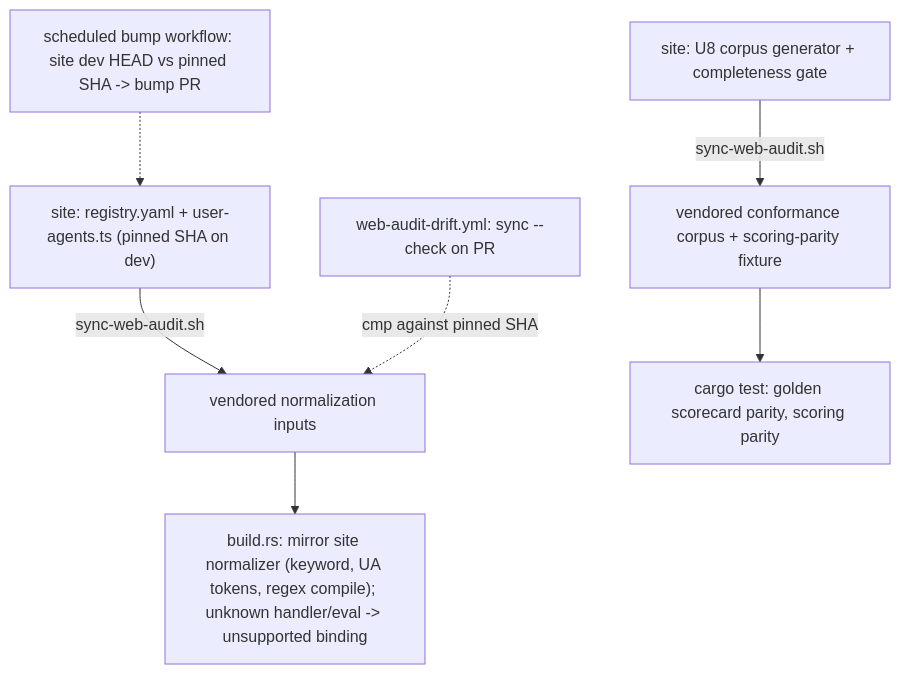
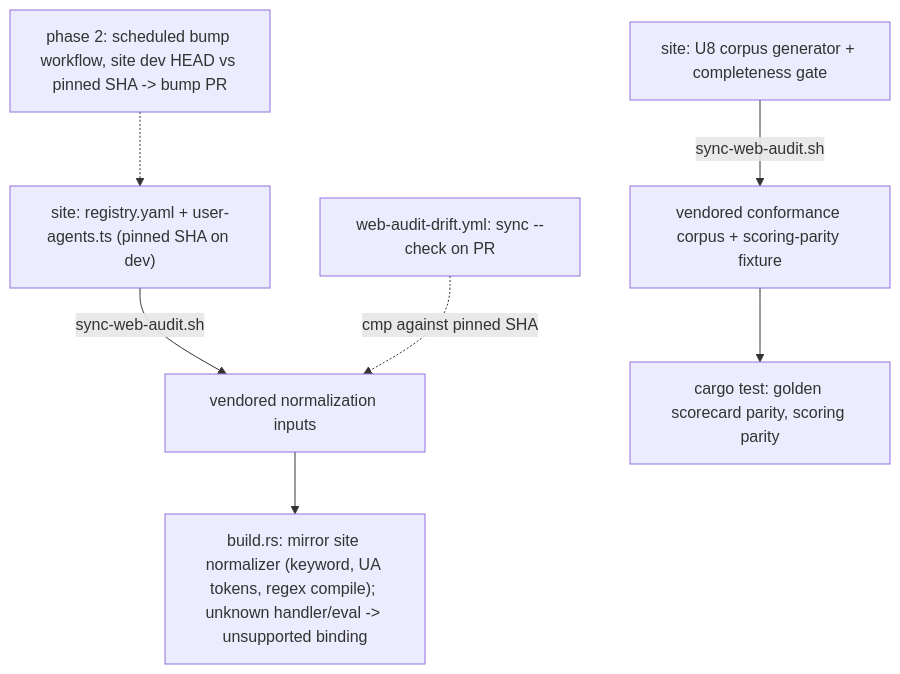
The third of 3 diagrams in docs/plans/2026-09-01-1611-feat-local-web-audit-plan.md (brettdavies/agentnative-cli), drawn with Mermaid before and after one commit. The commit also changed other lines of this file, not shown here.

````diff
--- a/docs/plans/2026-09-01-1611-feat-local-web-audit-plan.md
+++ b/docs/plans/2026-09-01-1611-feat-local-web-audit-plan.md
@@ -389,9 +438,9 @@
 ```mermaid
 flowchart TB
   S1["site: registry.yaml + user-agents.ts (pinned SHA on dev)"] -->|sync-web-audit.sh| V1["vendored normalization inputs"]
   S2["site: U8 corpus generator + completeness gate"] -->|sync-web-audit.sh| V2["vendored conformance corpus + scoring-parity fixture"]
   V1 --> B1["build.rs: mirror site normalizer (keyword, UA tokens, regex compile); unknown handler/eval -> unsupported binding"]
   V2 --> T1["cargo test: golden scorecard parity, scoring parity"]
   D1["web-audit-drift.yml: sync --check on PR"] -.->|cmp against pinned SHA| V1
-  D2["scheduled bump workflow: site dev HEAD vs pinned SHA -> bump PR"] -.-> S1
+  D2["phase 2: scheduled bump workflow, site dev HEAD vs pinned SHA -> bump PR"] -.-> S1
 ```
````
